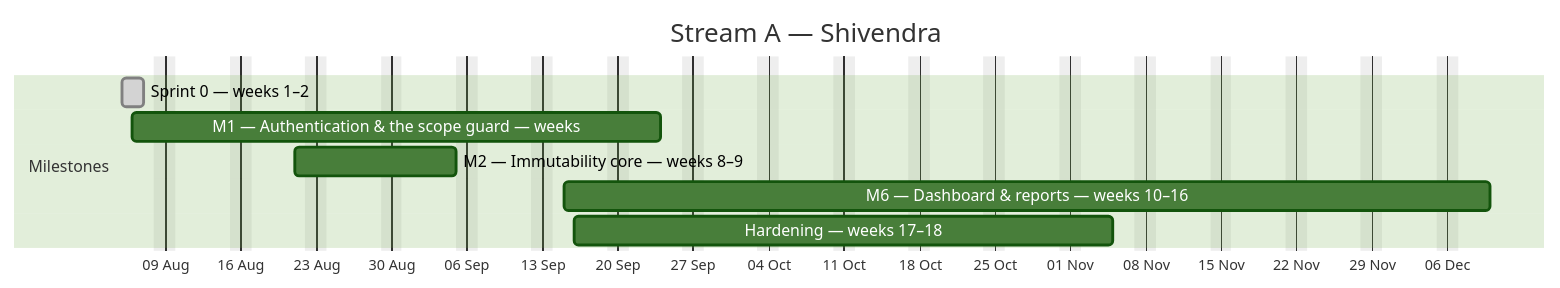
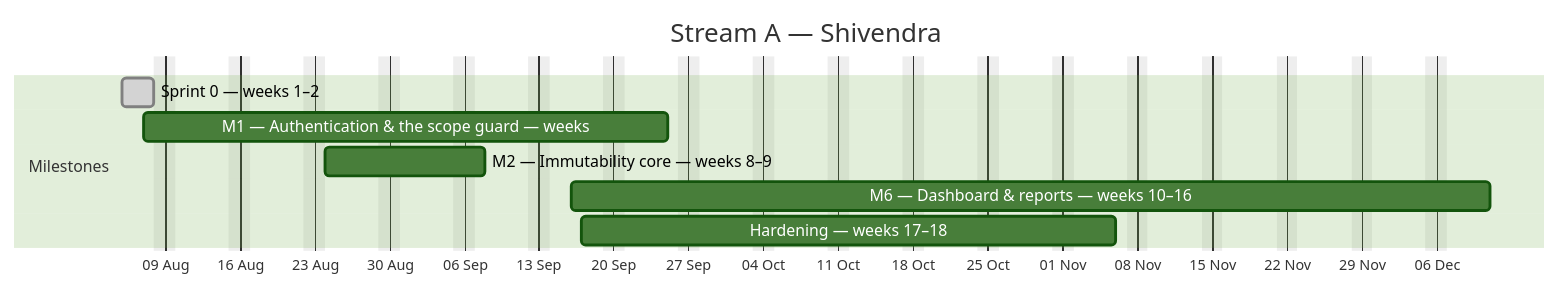
The first of 4 diagrams in docs/plan/GANTT.md (debashisedunext/EduTrack), drawn with Mermaid (forest theme) before and after one commit. The commit also changed other lines of this file and 3 other files, not shown here.

````diff
--- a/docs/plan/GANTT.md
+++ b/docs/plan/GANTT.md
@@ -111,13 +131,13 @@
 ```mermaid
 gantt
     dateFormat YYYY-MM-DD
     axisFormat %d %b
     title Stream A — Shivendra
     excludes weekends
     section Milestones
-    Sprint 0 — weeks 1–2 :done, a0, 2026-08-05, 2d
-    M1 — Authentication & the scope guard — weeks :a1, 2026-08-06, 35d
-    M2 — Immutability core — weeks 8–9 :a2, 2026-08-21, 11d
-    M6 — Dashboard & reports — weeks 10–16 :a3, 2026-09-15, 62d
-    Hardening — weeks 17–18 :a4, 2026-09-16, 36d
+    Sprint 0 — weeks 1–2 :done, a0, 2026-08-05, 3d
+    M1 — Authentication & the scope guard — weeks :a1, 2026-08-07, 35d
+    M2 — Immutability core — weeks 8–9 :a2, 2026-08-24, 11d
+    M6 — Dashboard & reports — weeks 10–16 :a3, 2026-09-16, 62d
+    Hardening — weeks 17–18 :a4, 2026-09-17, 36d
 ```
````
